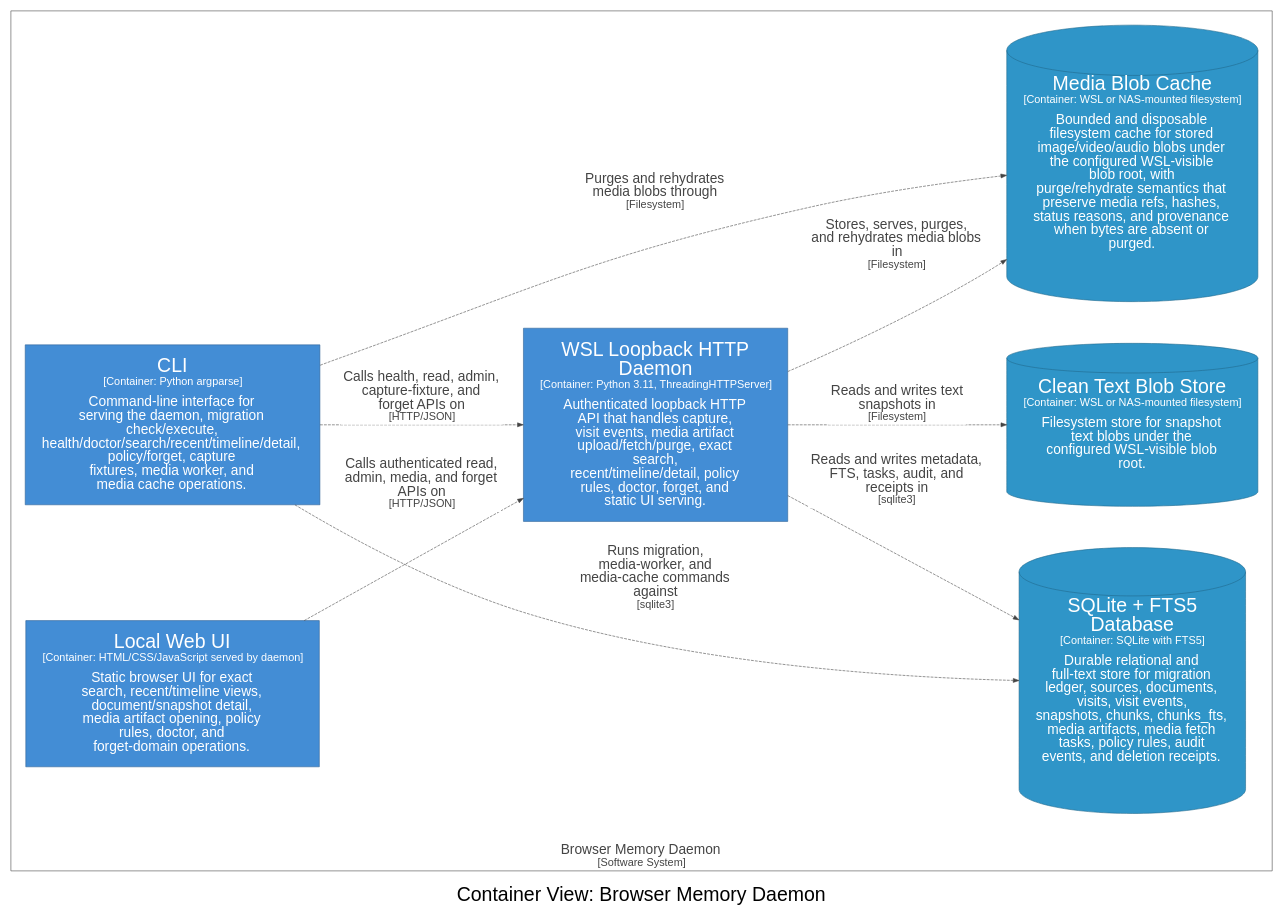
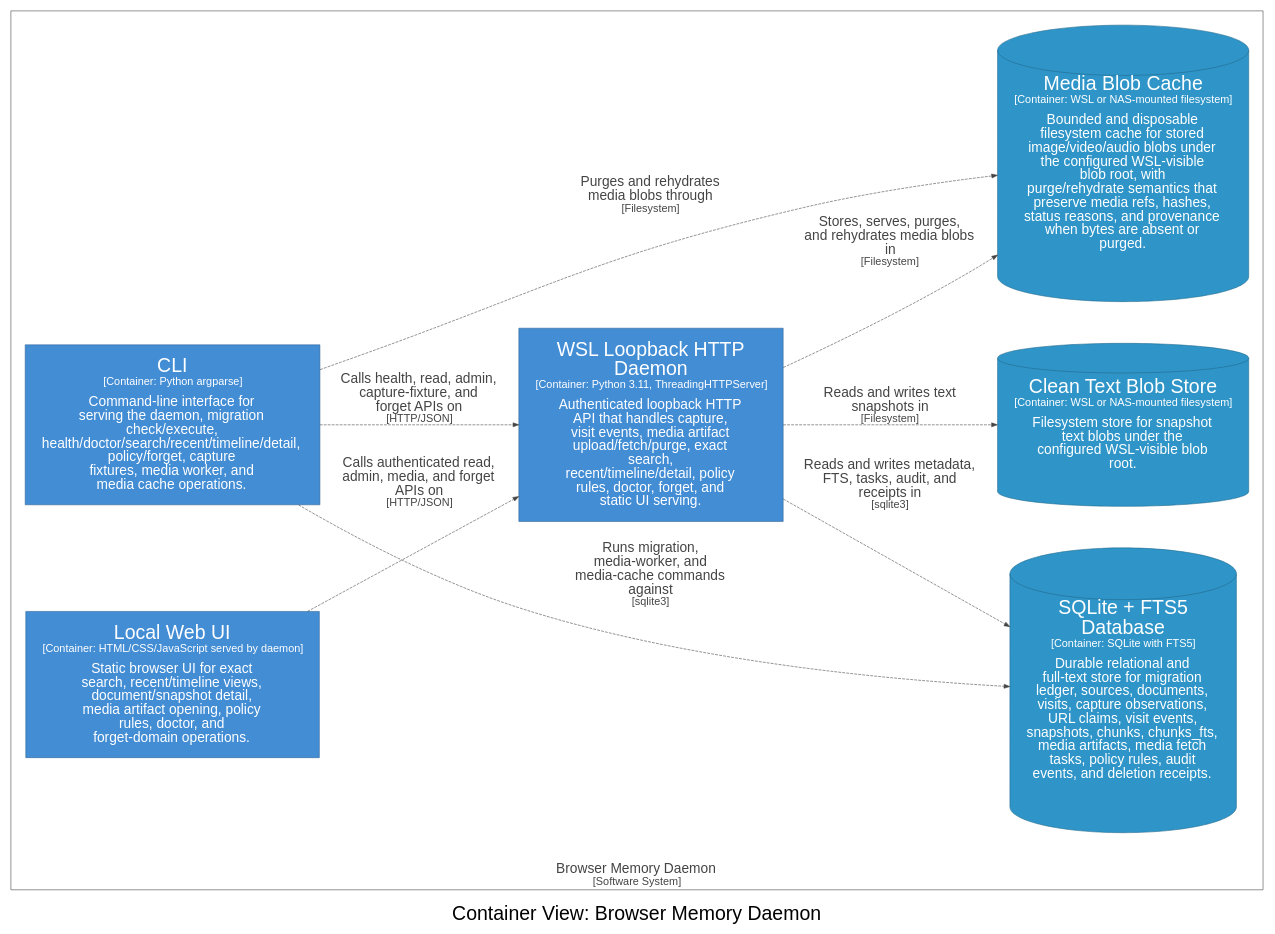
Before and after one commit to michaelnicks0/browser-memory-daemon: the diagram in docs/architecture/diagrams/dot/structurizr-OpsContainers.dot, drawn with Graphviz. The commit also changed 162 other files, not shown here.

Commit message:
feat(model): add capture observations and URL claims

```diff
--- a/docs/architecture/diagrams/dot/structurizr-OpsContainers.dot
+++ b/docs/architecture/diagrams/dot/structurizr-OpsContainers.dot
@@ -1,32 +1,32 @@
 digraph {
   compound=true
   graph [fontname="Arial", rankdir=LR, ranksep=1.0, nodesep=1.0]
   node [fontname="Arial", shape=box, margin="0.4,0.3"]
   edge [fontname="Arial"]
   label=<<br /><font point-size="34">Container View: Browser Memory Daemon</font>>
 
   subgraph cluster_4 {
     margin=25
     label=<<font point-size="24"><br />Browser Memory Daemon</font><br /><font point-size="19">[Software System]</font>>
     labelloc=b
     color="#444444"
     fontcolor="#444444"
     fillcolor="#444444"
 
     14 [id=14,shape=rect, label=<<font point-size="34">WSL Loopback HTTP<br />Daemon</font><br /><font point-size="19">[Container: Python 3.11, ThreadingHTTPServer]</font><br /><br /><font point-size="24">Authenticated loopback HTTP<br />API that handles capture,<br />visit events, media artifact<br />upload/fetch/purge, exact<br />search,<br />recent/timeline/detail, policy<br />rules, doctor, forget, and<br />static UI serving.</font>>, style=filled, color="#2e6295", fillcolor="#438dd5", fontcolor="#ffffff"]
     26 [id=26,shape=rect, label=<<font point-size="34">Local Web UI</font><br /><font point-size="19">[Container: HTML/CSS/JavaScript served by daemon]</font><br /><br /><font point-size="24">Static browser UI for exact<br />search, recent/timeline views,<br />document/snapshot detail,<br />media artifact opening, policy<br />rules, doctor, and<br />forget-domain operations.</font>>, style=filled, color="#2e6295", fillcolor="#438dd5", fontcolor="#ffffff"]
     27 [id=27,shape=rect, label=<<font point-size="34">CLI</font><br /><font point-size="19">[Container: Python argparse]</font><br /><br /><font point-size="24">Command-line interface for<br />serving the daemon, migration<br />check/execute,<br />health/doctor/search/recent/timeline/detail,<br />policy/forget, capture<br />fixtures, media worker, and<br />media cache operations.</font>>, style=filled, color="#2e6295", fillcolor="#438dd5", fontcolor="#ffffff"]
-    28 [id=28,shape=cylinder, label=<<font point-size="34">SQLite + FTS5<br />Database</font><br /><font point-size="19">[Container: SQLite with FTS5]</font><br /><br /><font point-size="24">Durable relational and<br />full-text store for migration<br />ledger, sources, documents,<br />visits, visit events,<br />snapshots, chunks, chunks_fts,<br />media artifacts, media fetch<br />tasks, policy rules, audit<br />events, and deletion receipts.</font>>, style=filled, color="#20688c", fillcolor="#2f95c8", fontcolor="#ffffff"]
+    28 [id=28,shape=cylinder, label=<<font point-size="34">SQLite + FTS5<br />Database</font><br /><font point-size="19">[Container: SQLite with FTS5]</font><br /><br /><font point-size="24">Durable relational and<br />full-text store for migration<br />ledger, sources, documents,<br />visits, capture observations,<br />URL claims, visit events,<br />snapshots, chunks, chunks_fts,<br />media artifacts, media fetch<br />tasks, policy rules, audit<br />events, and deletion receipts.</font>>, style=filled, color="#20688c", fillcolor="#2f95c8", fontcolor="#ffffff"]
     29 [id=29,shape=cylinder, label=<<font point-size="34">Clean Text Blob Store</font><br /><font point-size="19">[Container: WSL or NAS-mounted filesystem]</font><br /><br /><font point-size="24">Filesystem store for snapshot<br />text blobs under the<br />configured WSL-visible blob<br />root.</font>>, style=filled, color="#20688c", fillcolor="#2f95c8", fontcolor="#ffffff"]
     30 [id=30,shape=cylinder, label=<<font point-size="34">Media Blob Cache</font><br /><font point-size="19">[Container: WSL or NAS-mounted filesystem]</font><br /><br /><font point-size="24">Bounded and disposable<br />filesystem cache for stored<br />image/video/audio blobs under<br />the configured WSL-visible<br />blob root, with<br />purge/rehydrate semantics that<br />preserve media refs, hashes,<br />status reasons, and provenance<br />when bytes are absent or<br />purged.</font>>, style=filled, color="#20688c", fillcolor="#2f95c8", fontcolor="#ffffff"]
   }
 
-  26 -> 14 [id=40, label=<<TABLE BORDER="0" CELLBORDER="0" CELLSPACING="0" CELLPADDING="4" BGCOLOR="white"><TR><TD><font point-size="24">Calls authenticated read,<br />admin, media, and forget<br />APIs on</font><br /><font point-size="19">[HTTP/JSON]</font></TD></TR></TABLE>>, style="dashed", color="#444444", fontcolor="#444444"]
-  27 -> 14 [id=41, label=<<TABLE BORDER="0" CELLBORDER="0" CELLSPACING="0" CELLPADDING="4" BGCOLOR="white"><TR><TD><font point-size="24">Calls health, read, admin,<br />capture-fixture, and<br />forget APIs on</font><br /><font point-size="19">[HTTP/JSON]</font></TD></TR></TABLE>>, style="dashed", color="#444444", fontcolor="#444444"]
-  27 -> 28 [id=42, label=<<TABLE BORDER="0" CELLBORDER="0" CELLSPACING="0" CELLPADDING="4" BGCOLOR="white"><TR><TD><font point-size="24">Runs migration,<br />media-worker, and<br />media-cache commands<br />against</font><br /><font point-size="19">[sqlite3]</font></TD></TR></TABLE>>, style="dashed", color="#444444", fontcolor="#444444"]
-  27 -> 30 [id=43, label=<<TABLE BORDER="0" CELLBORDER="0" CELLSPACING="0" CELLPADDING="4" BGCOLOR="white"><TR><TD><font point-size="24">Purges and rehydrates<br />media blobs through</font><br /><font point-size="19">[Filesystem]</font></TD></TR></TABLE>>, style="dashed", color="#444444", fontcolor="#444444"]
-  14 -> 28 [id=44, label=<<TABLE BORDER="0" CELLBORDER="0" CELLSPACING="0" CELLPADDING="4" BGCOLOR="white"><TR><TD><font point-size="24">Reads and writes metadata,<br />FTS, tasks, audit, and<br />receipts in</font><br /><font point-size="19">[sqlite3]</font></TD></TR></TABLE>>, style="dashed", color="#444444", fontcolor="#444444"]
-  14 -> 29 [id=45, label=<<TABLE BORDER="0" CELLBORDER="0" CELLSPACING="0" CELLPADDING="4" BGCOLOR="white"><TR><TD><font point-size="24">Reads and writes text<br />snapshots in</font><br /><font point-size="19">[Filesystem]</font></TD></TR></TABLE>>, style="dashed", color="#444444", fontcolor="#444444"]
-  14 -> 30 [id=46, label=<<TABLE BORDER="0" CELLBORDER="0" CELLSPACING="0" CELLPADDING="4" BGCOLOR="white"><TR><TD><font point-size="24">Stores, serves, purges,<br />and rehydrates media blobs<br />in</font><br /><font point-size="19">[Filesystem]</font></TD></TR></TABLE>>, style="dashed", color="#444444", fontcolor="#444444"]
+  26 -> 14 [id=40, label=<<font point-size="24">Calls authenticated read,<br />admin, media, and forget<br />APIs on</font><br /><font point-size="19">[HTTP/JSON]</font>>, style="dashed", color="#444444", fontcolor="#444444"]
+  27 -> 14 [id=41, label=<<font point-size="24">Calls health, read, admin,<br />capture-fixture, and<br />forget APIs on</font><br /><font point-size="19">[HTTP/JSON]</font>>, style="dashed", color="#444444", fontcolor="#444444"]
+  27 -> 28 [id=42, label=<<font point-size="24">Runs migration,<br />media-worker, and<br />media-cache commands<br />against</font><br /><font point-size="19">[sqlite3]</font>>, style="dashed", color="#444444", fontcolor="#444444"]
+  27 -> 30 [id=43, label=<<font point-size="24">Purges and rehydrates<br />media blobs through</font><br /><font point-size="19">[Filesystem]</font>>, style="dashed", color="#444444", fontcolor="#444444"]
+  14 -> 28 [id=44, label=<<font point-size="24">Reads and writes metadata,<br />FTS, tasks, audit, and<br />receipts in</font><br /><font point-size="19">[sqlite3]</font>>, style="dashed", color="#444444", fontcolor="#444444"]
+  14 -> 29 [id=45, label=<<font point-size="24">Reads and writes text<br />snapshots in</font><br /><font point-size="19">[Filesystem]</font>>, style="dashed", color="#444444", fontcolor="#444444"]
+  14 -> 30 [id=46, label=<<font point-size="24">Stores, serves, purges,<br />and rehydrates media blobs<br />in</font><br /><font point-size="19">[Filesystem]</font>>, style="dashed", color="#444444", fontcolor="#444444"]
 
 }
```
